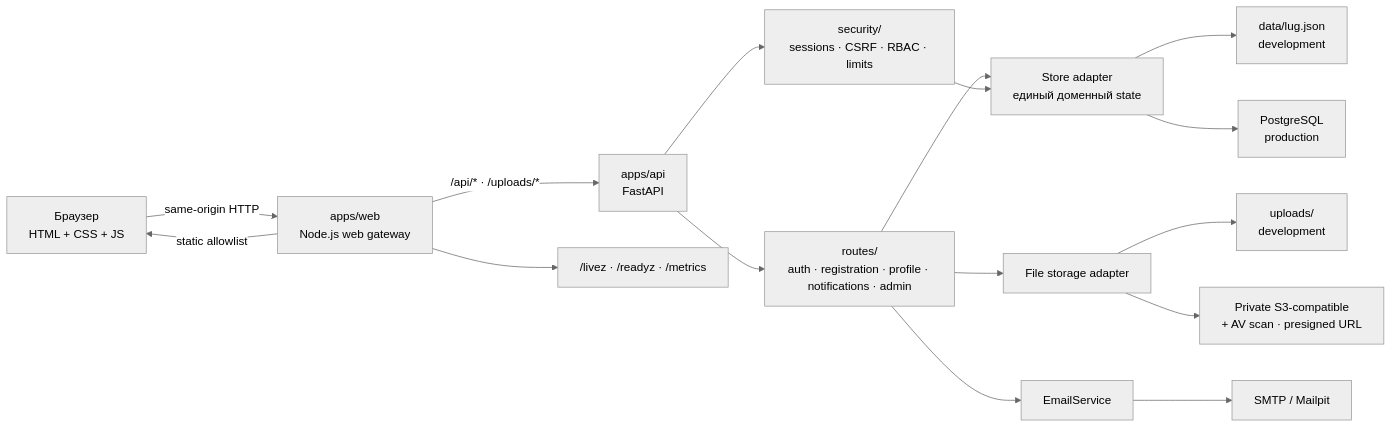
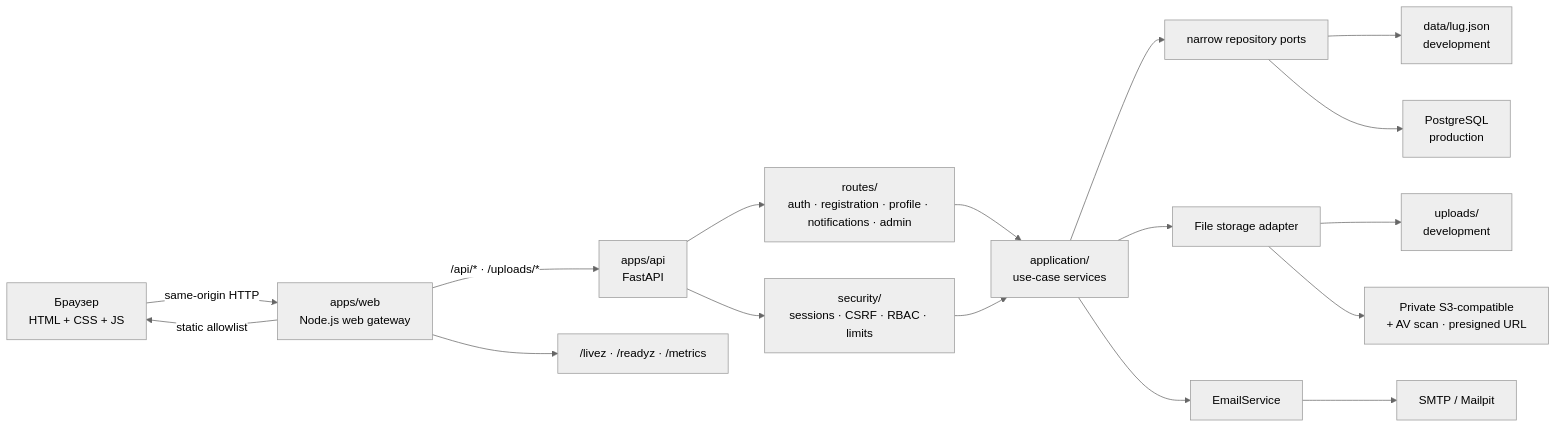
The first of 2 diagrams in README.md (artemnoor/lug-2026), drawn with Mermaid (neutral theme) before and after one commit. The commit also changed other lines of this file and 49 other files, not shown here.

Commit message:
refactor: complete application architecture hardening

````diff
--- a/README.md
+++ b/README.md
@@ -77,33 +77,35 @@
 ```mermaid
 flowchart LR
     Browser["Браузер<br/>HTML + CSS + JS"]
     Web["apps/web<br/>Node.js web gateway"]
     API["apps/api<br/>FastAPI"]
     Routes["routes/<br/>auth · registration · profile · notifications · admin"]
     Security["security/<br/>sessions · CSRF · RBAC · limits"]
-    Store["Store adapter<br/>единый доменный state"]
+    UseCases["application/<br/>use-case services"]
+    Repositories["narrow repository ports"]
     Json["data/lug.json<br/>development"]
     Pg["PostgreSQL<br/>production"]
     Files["File storage adapter"]
     Local["uploads/<br/>development"]
     S3["Private S3-compatible<br/>+ AV scan · presigned URL"]
     Email["EmailService"]
     SMTP["SMTP / Mailpit"]
     Ops["/livez · /readyz · /metrics"]
 
     Browser -->|"same-origin HTTP"| Web
     Web -->|"static allowlist"| Browser
     Web -->|"/api/* · /uploads/*"| API
     Web --> Ops
     API --> Routes
     API --> Security
-    Routes --> Store
-    Security --> Store
-    Store --> Json
-    Store --> Pg
-    Routes --> Files
+    Routes --> UseCases
+    Security --> UseCases
+    UseCases --> Repositories
+    Repositories --> Json
+    Repositories --> Pg
+    UseCases --> Files
     Files --> Local
     Files --> S3
-    Routes --> Email
+    UseCases --> Email
     Email --> SMTP
 ```
````
